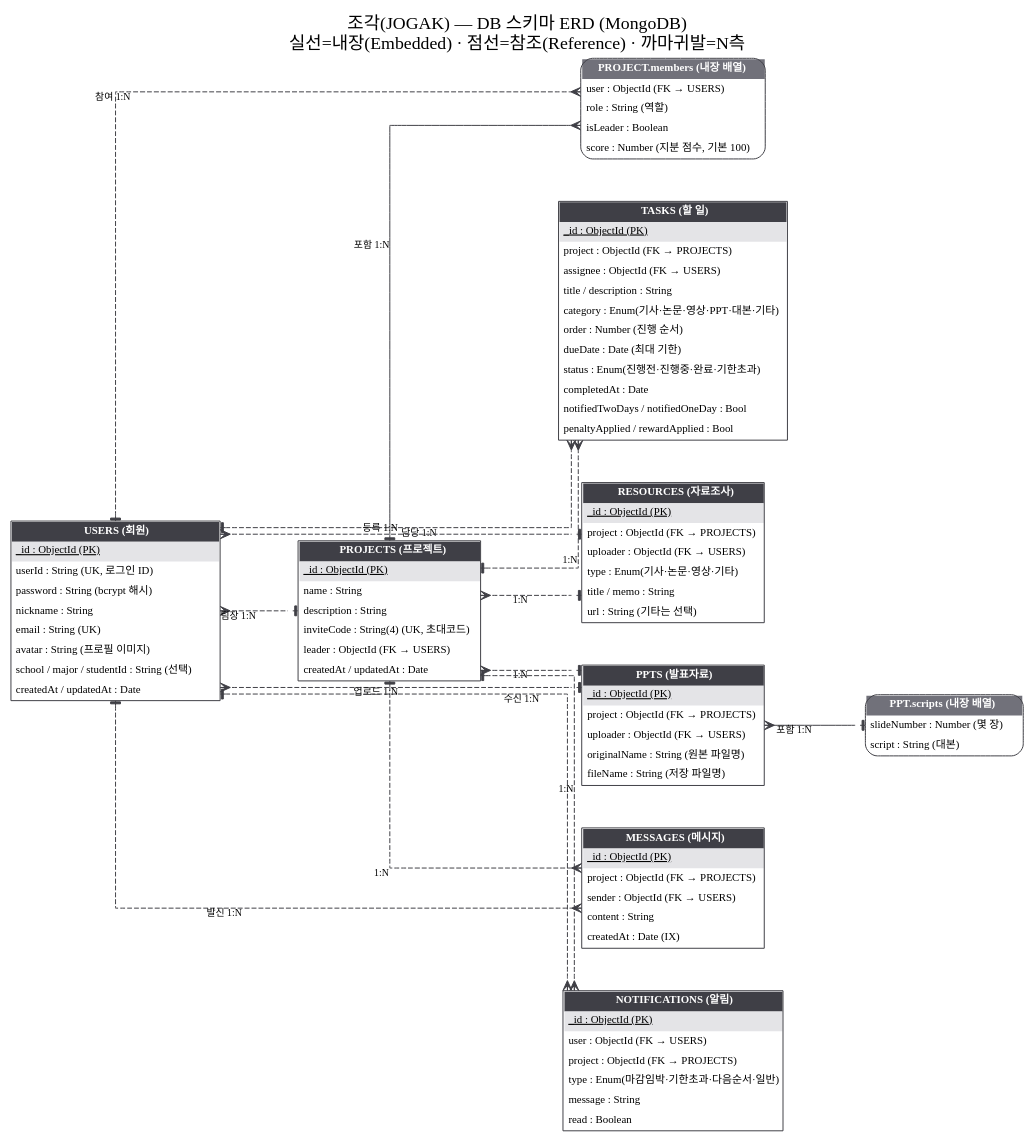
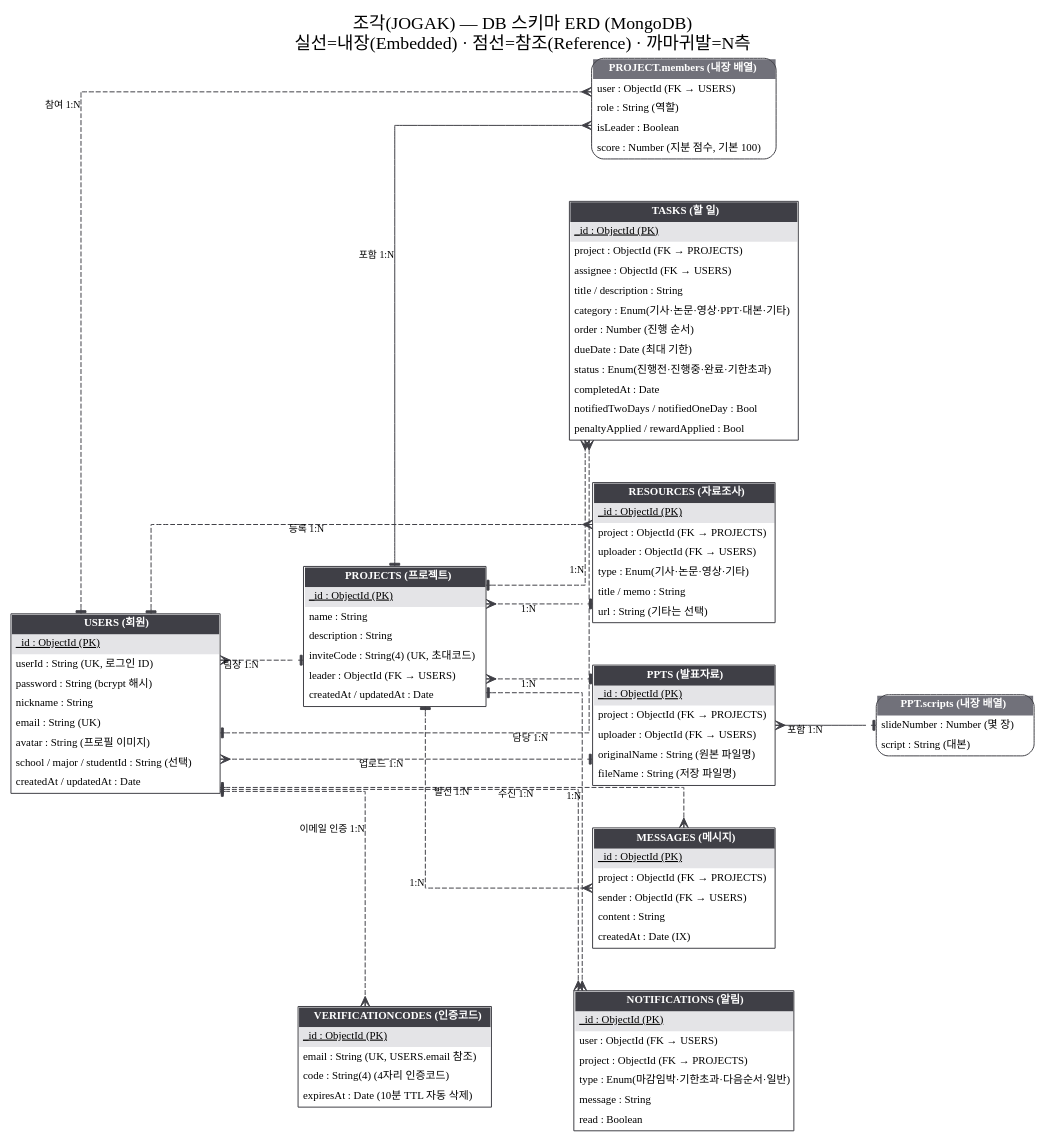
The diagram in docs/erd.dot (JOOKITEZ/DB_Project), drawn with Graphviz before and after one commit. The commit also changed 14 other files, not shown here.

```diff
--- a/docs/erd.dot
+++ b/docs/erd.dot
@@ -1,125 +1,135 @@
 // 조별과제 매니저 — ERD (ERwin IE 표기법 스타일)
 // 실선 = 내장(embedded, 식별 관계) / 점선 = 참조(reference, 비식별 관계)
 digraph ERD {
   graph [rankdir=LR, splines=ortho, nodesep=0.6, ranksep=1.1, fontname="NanumGothic", bgcolor=white,
          label="조각(JOGAK) — DB 스키마 ERD (MongoDB)\n실선=내장(Embedded) · 점선=참조(Reference) · 까마귀발=N측", labelloc=t, fontsize=18];
   node  [shape=plain, fontname="NanumGothic", fontsize=11];
   edge  [fontname="NanumGothic", fontsize=10, color="#3f3f46"];
 
   USERS [label=<
     <TABLE BORDER="1" CELLBORDER="0" CELLSPACING="0" CELLPADDING="4" COLOR="#3f3f46">
       <TR><TD BGCOLOR="#3f3f46" ALIGN="CENTER"><FONT COLOR="white"><B>USERS (회원)</B></FONT></TD></TR>
       <TR><TD BGCOLOR="#e4e4e7" ALIGN="LEFT"><U>_id : ObjectId (PK)</U></TD></TR>
       <TR><TD ALIGN="LEFT">userId : String (UK, 로그인 ID)</TD></TR>
       <TR><TD ALIGN="LEFT">password : String (bcrypt 해시)</TD></TR>
       <TR><TD ALIGN="LEFT">nickname : String</TD></TR>
       <TR><TD ALIGN="LEFT">email : String (UK)</TD></TR>
       <TR><TD ALIGN="LEFT">avatar : String (프로필 이미지)</TD></TR>
       <TR><TD ALIGN="LEFT">school / major / studentId : String (선택)</TD></TR>
       <TR><TD ALIGN="LEFT">createdAt / updatedAt : Date</TD></TR>
     </TABLE>>];
 
   PROJECTS [label=<
     <TABLE BORDER="1" CELLBORDER="0" CELLSPACING="0" CELLPADDING="4" COLOR="#3f3f46">
       <TR><TD BGCOLOR="#3f3f46" ALIGN="CENTER"><FONT COLOR="white"><B>PROJECTS (프로젝트)</B></FONT></TD></TR>
       <TR><TD BGCOLOR="#e4e4e7" ALIGN="LEFT"><U>_id : ObjectId (PK)</U></TD></TR>
       <TR><TD ALIGN="LEFT">name : String</TD></TR>
       <TR><TD ALIGN="LEFT">description : String</TD></TR>
       <TR><TD ALIGN="LEFT">inviteCode : String(4) (UK, 초대코드)</TD></TR>
       <TR><TD ALIGN="LEFT">leader : ObjectId (FK → USERS)</TD></TR>
       <TR><TD ALIGN="LEFT">createdAt / updatedAt : Date</TD></TR>
     </TABLE>>];
 
   MEMBERS [label=<
     <TABLE BORDER="1" CELLBORDER="0" CELLSPACING="0" CELLPADDING="4" COLOR="#3f3f46" STYLE="ROUNDED">
       <TR><TD BGCOLOR="#71717a" ALIGN="CENTER"><FONT COLOR="white"><B>PROJECT.members (내장 배열)</B></FONT></TD></TR>
       <TR><TD ALIGN="LEFT">user : ObjectId (FK → USERS)</TD></TR>
       <TR><TD ALIGN="LEFT">role : String (역할)</TD></TR>
       <TR><TD ALIGN="LEFT">isLeader : Boolean</TD></TR>
       <TR><TD ALIGN="LEFT">score : Number (지분 점수, 기본 100)</TD></TR>
     </TABLE>>];
 
   TASKS [label=<
     <TABLE BORDER="1" CELLBORDER="0" CELLSPACING="0" CELLPADDING="4" COLOR="#3f3f46">
       <TR><TD BGCOLOR="#3f3f46" ALIGN="CENTER"><FONT COLOR="white"><B>TASKS (할 일)</B></FONT></TD></TR>
       <TR><TD BGCOLOR="#e4e4e7" ALIGN="LEFT"><U>_id : ObjectId (PK)</U></TD></TR>
       <TR><TD ALIGN="LEFT">project : ObjectId (FK → PROJECTS)</TD></TR>
       <TR><TD ALIGN="LEFT">assignee : ObjectId (FK → USERS)</TD></TR>
       <TR><TD ALIGN="LEFT">title / description : String</TD></TR>
       <TR><TD ALIGN="LEFT">category : Enum(기사·논문·영상·PPT·대본·기타)</TD></TR>
       <TR><TD ALIGN="LEFT">order : Number (진행 순서)</TD></TR>
       <TR><TD ALIGN="LEFT">dueDate : Date (최대 기한)</TD></TR>
       <TR><TD ALIGN="LEFT">status : Enum(진행전·진행중·완료·기한초과)</TD></TR>
       <TR><TD ALIGN="LEFT">completedAt : Date</TD></TR>
       <TR><TD ALIGN="LEFT">notifiedTwoDays / notifiedOneDay : Bool</TD></TR>
       <TR><TD ALIGN="LEFT">penaltyApplied / rewardApplied : Bool</TD></TR>
     </TABLE>>];
 
   RESOURCES [label=<
     <TABLE BORDER="1" CELLBORDER="0" CELLSPACING="0" CELLPADDING="4" COLOR="#3f3f46">
       <TR><TD BGCOLOR="#3f3f46" ALIGN="CENTER"><FONT COLOR="white"><B>RESOURCES (자료조사)</B></FONT></TD></TR>
       <TR><TD BGCOLOR="#e4e4e7" ALIGN="LEFT"><U>_id : ObjectId (PK)</U></TD></TR>
       <TR><TD ALIGN="LEFT">project : ObjectId (FK → PROJECTS)</TD></TR>
       <TR><TD ALIGN="LEFT">uploader : ObjectId (FK → USERS)</TD></TR>
       <TR><TD ALIGN="LEFT">type : Enum(기사·논문·영상·기타)</TD></TR>
       <TR><TD ALIGN="LEFT">title / memo : String</TD></TR>
       <TR><TD ALIGN="LEFT">url : String (기타는 선택)</TD></TR>
     </TABLE>>];
 
   PPTS [label=<
     <TABLE BORDER="1" CELLBORDER="0" CELLSPACING="0" CELLPADDING="4" COLOR="#3f3f46">
       <TR><TD BGCOLOR="#3f3f46" ALIGN="CENTER"><FONT COLOR="white"><B>PPTS (발표자료)</B></FONT></TD></TR>
       <TR><TD BGCOLOR="#e4e4e7" ALIGN="LEFT"><U>_id : ObjectId (PK)</U></TD></TR>
       <TR><TD ALIGN="LEFT">project : ObjectId (FK → PROJECTS)</TD></TR>
       <TR><TD ALIGN="LEFT">uploader : ObjectId (FK → USERS)</TD></TR>
       <TR><TD ALIGN="LEFT">originalName : String (원본 파일명)</TD></TR>
       <TR><TD ALIGN="LEFT">fileName : String (저장 파일명)</TD></TR>
     </TABLE>>];
 
   SCRIPTS [label=<
     <TABLE BORDER="1" CELLBORDER="0" CELLSPACING="0" CELLPADDING="4" COLOR="#3f3f46" STYLE="ROUNDED">
       <TR><TD BGCOLOR="#71717a" ALIGN="CENTER"><FONT COLOR="white"><B>PPT.scripts (내장 배열)</B></FONT></TD></TR>
       <TR><TD ALIGN="LEFT">slideNumber : Number (몇 장)</TD></TR>
       <TR><TD ALIGN="LEFT">script : String (대본)</TD></TR>
     </TABLE>>];
 
   MESSAGES [label=<
     <TABLE BORDER="1" CELLBORDER="0" CELLSPACING="0" CELLPADDING="4" COLOR="#3f3f46">
       <TR><TD BGCOLOR="#3f3f46" ALIGN="CENTER"><FONT COLOR="white"><B>MESSAGES (메시지)</B></FONT></TD></TR>
       <TR><TD BGCOLOR="#e4e4e7" ALIGN="LEFT"><U>_id : ObjectId (PK)</U></TD></TR>
       <TR><TD ALIGN="LEFT">project : ObjectId (FK → PROJECTS)</TD></TR>
       <TR><TD ALIGN="LEFT">sender : ObjectId (FK → USERS)</TD></TR>
       <TR><TD ALIGN="LEFT">content : String</TD></TR>
       <TR><TD ALIGN="LEFT">createdAt : Date (IX)</TD></TR>
     </TABLE>>];
 
   NOTIFICATIONS [label=<
     <TABLE BORDER="1" CELLBORDER="0" CELLSPACING="0" CELLPADDING="4" COLOR="#3f3f46">
       <TR><TD BGCOLOR="#3f3f46" ALIGN="CENTER"><FONT COLOR="white"><B>NOTIFICATIONS (알림)</B></FONT></TD></TR>
       <TR><TD BGCOLOR="#e4e4e7" ALIGN="LEFT"><U>_id : ObjectId (PK)</U></TD></TR>
       <TR><TD ALIGN="LEFT">user : ObjectId (FK → USERS)</TD></TR>
       <TR><TD ALIGN="LEFT">project : ObjectId (FK → PROJECTS)</TD></TR>
       <TR><TD ALIGN="LEFT">type : Enum(마감임박·기한초과·다음순서·일반)</TD></TR>
       <TR><TD ALIGN="LEFT">message : String</TD></TR>
       <TR><TD ALIGN="LEFT">read : Boolean</TD></TR>
     </TABLE>>];
 
+  VERIFICATIONCODES [label=<
+    <TABLE BORDER="1" CELLBORDER="0" CELLSPACING="0" CELLPADDING="4" COLOR="#3f3f46">
+      <TR><TD BGCOLOR="#3f3f46" ALIGN="CENTER"><FONT COLOR="white"><B>VERIFICATIONCODES (인증코드)</B></FONT></TD></TR>
+      <TR><TD BGCOLOR="#e4e4e7" ALIGN="LEFT"><U>_id : ObjectId (PK)</U></TD></TR>
+      <TR><TD ALIGN="LEFT">email : String (UK, USERS.email 참조)</TD></TR>
+      <TR><TD ALIGN="LEFT">code : String(4) (4자리 인증코드)</TD></TR>
+      <TR><TD ALIGN="LEFT">expiresAt : Date (10분 TTL 자동 삭제)</TD></TR>
+    </TABLE>>];
+
   // ── 관계 (1측 = tee, N측 = crow) ──
   // 내장(식별) 관계: 실선
   PROJECTS -> MEMBERS [dir=both, arrowtail=tee, arrowhead=crow, xlabel="포함 1:N"];
   PPTS     -> SCRIPTS [dir=both, arrowtail=tee, arrowhead=crow, xlabel="포함 1:N"];
 
   // 참조(비식별) 관계: 점선
   USERS    -> MEMBERS       [dir=both, arrowtail=tee, arrowhead=crow, style=dashed, xlabel="참여 1:N"];
   USERS    -> PROJECTS      [dir=both, arrowtail=tee, arrowhead=crow, style=dashed, xlabel="팀장 1:N"];
   PROJECTS -> TASKS         [dir=both, arrowtail=tee, arrowhead=crow, style=dashed, xlabel="1:N"];
   USERS    -> TASKS         [dir=both, arrowtail=tee, arrowhead=crow, style=dashed, xlabel="담당 1:N"];
   PROJECTS -> RESOURCES     [dir=both, arrowtail=tee, arrowhead=crow, style=dashed, xlabel="1:N"];
   USERS    -> RESOURCES     [dir=both, arrowtail=tee, arrowhead=crow, style=dashed, xlabel="등록 1:N"];
   PROJECTS -> PPTS          [dir=both, arrowtail=tee, arrowhead=crow, style=dashed, xlabel="1:N"];
   USERS    -> PPTS          [dir=both, arrowtail=tee, arrowhead=crow, style=dashed, xlabel="업로드 1:N"];
   PROJECTS -> MESSAGES      [dir=both, arrowtail=tee, arrowhead=crow, style=dashed, xlabel="1:N"];
   USERS    -> MESSAGES      [dir=both, arrowtail=tee, arrowhead=crow, style=dashed, xlabel="발신 1:N"];
   PROJECTS -> NOTIFICATIONS [dir=both, arrowtail=tee, arrowhead=crow, style=dashed, xlabel="1:N"];
   USERS    -> NOTIFICATIONS [dir=both, arrowtail=tee, arrowhead=crow, style=dashed, xlabel="수신 1:N"];
+  USERS    -> VERIFICATIONCODES [dir=both, arrowtail=tee, arrowhead=crow, style=dashed, xlabel="이메일 인증 1:N"];
 }
```
